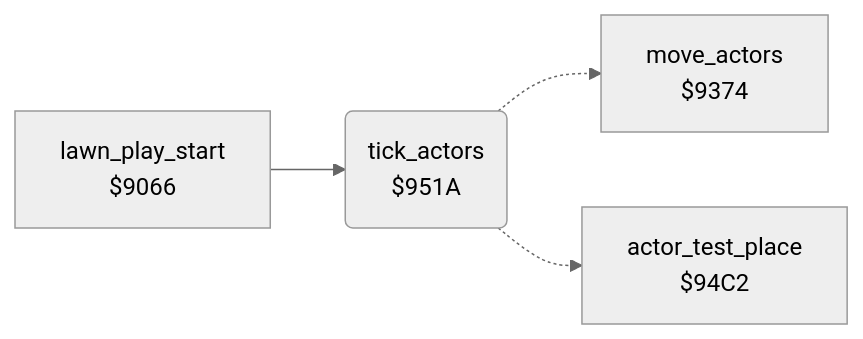
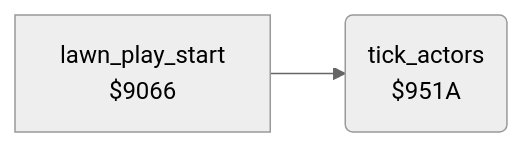
Before and after one commit to henols/c64_games: the diagram in hover_bovver/docs/reference/modules/actors/tick_actors.md, drawn with Mermaid (neutral theme). The commit also changed other lines of this file and 1100 other files, not shown here.

````diff
--- a/hover_bovver/docs/reference/modules/actors/tick_actors.md
+++ b/hover_bovver/docs/reference/modules/actors/tick_actors.md
@@ -10,10 +16,6 @@
 ```mermaid
 flowchart LR
   n9066["lawn_play_start<br/>$9066"]
-  n9374["move_actors<br/>$9374"]
-  n94c2["actor_test_place<br/>$94C2"]
   n951a("tick_actors<br/>$951A")
   n9066 --> n951a
-  n951a -.-> n9374
-  n951a -.-> n94c2
 ```
````
